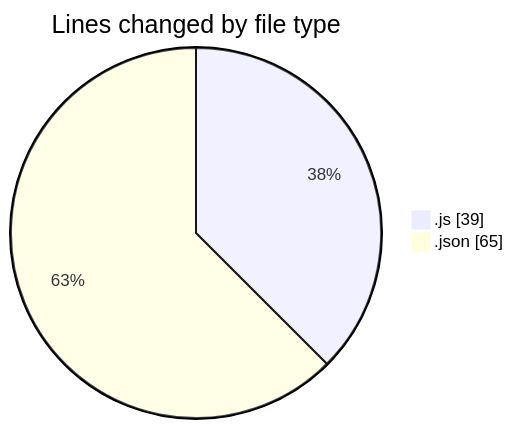
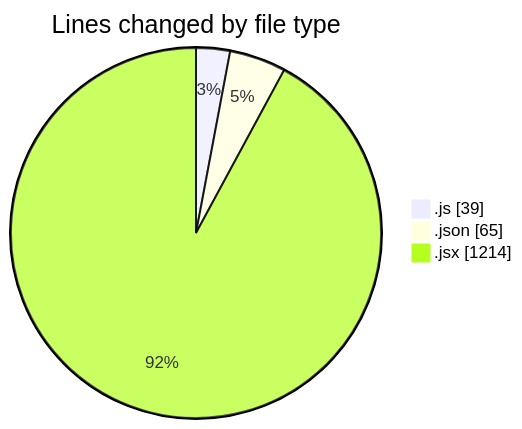
One commit to nxtqubesakshisongat/code-tracking changed the first of 2 diagrams in 2026-01-14/nxtqube_webapp/README.md. Above: the diagram before and after it, drawn with Mermaid. The commit also changed other lines of this file and 1 other file, not shown here.

````diff
--- a/2026-01-14/nxtqube_webapp/README.md
+++ b/2026-01-14/nxtqube_webapp/README.md
@@ -21,6 +22,7 @@
 ```mermaid
 pie showData
 title Lines changed by file type
 ".js" : 39
 ".json" : 65
+".jsx" : 1214
 ```
````
